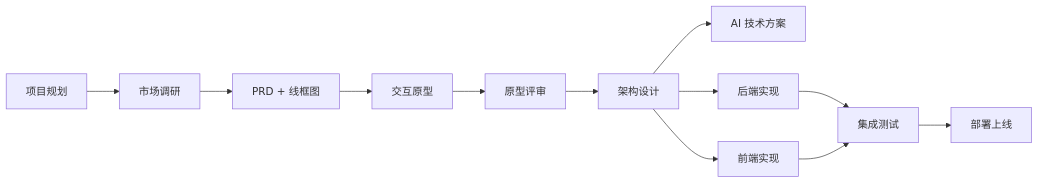
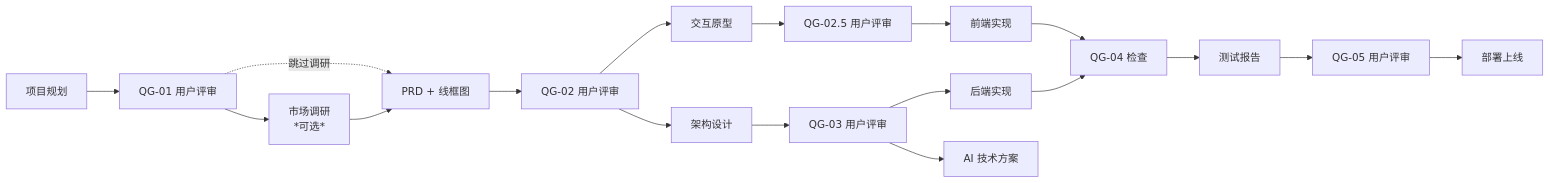
One commit to bignof/Agent-Team-Framework changed the diagram in .claude/doc/PROJECT_INDEX.md. Above: the diagram before and after it, drawn with Mermaid. The commit also changed 13 other files, not shown here.

````diff
--- a/.claude/doc/PROJECT_INDEX.md
+++ b/.claude/doc/PROJECT_INDEX.md
@@ -110,14 +110,20 @@
 ```mermaid
 graph LR
-    P[项目规划] --> A[市场调研]
-    A --> B[PRD + 线框图]
-    B --> C[交互原型]
-    C --> D[原型评审]
-    D --> E[架构设计]
-    E --> F[AI 技术方案]
-    E --> G[后端实现]
-    E --> H[前端实现]
-    G --> I[集成测试]
-    H --> I
-    I --> J[部署上线]
+    P[项目规划] --> A[QG-01 用户评审]
+    A --> B[市场调研<br/>*可选*]
+    A -.->|跳过调研 | C
+    B --> C[PRD + 线框图]
+    C --> D[QG-02 用户评审]
+    D --> E[交互原型]
+    D --> F[架构设计]
+    E --> G[QG-02.5 用户评审]
+    F --> H[QG-03 用户评审]
+    G --> I[前端实现]
+    H --> J[后端实现]
+    H --> K[AI 技术方案]
+    I --> L[QG-04 检查]
+    J --> L
+    L --> M[测试报告]
+    M --> N[QG-05 用户评审]
+    N --> O[部署上线]
 ```
````
